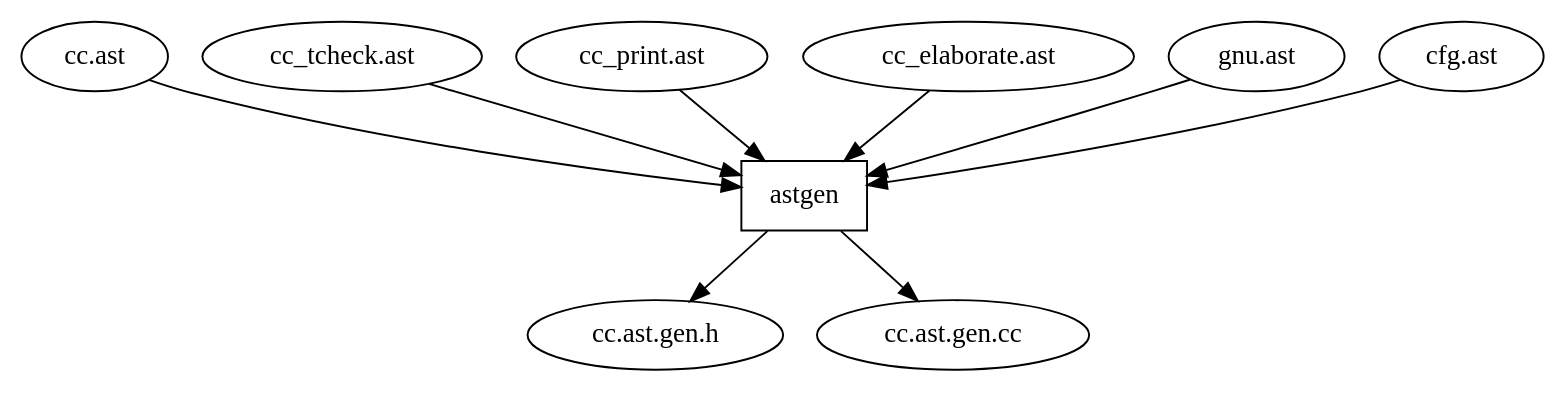
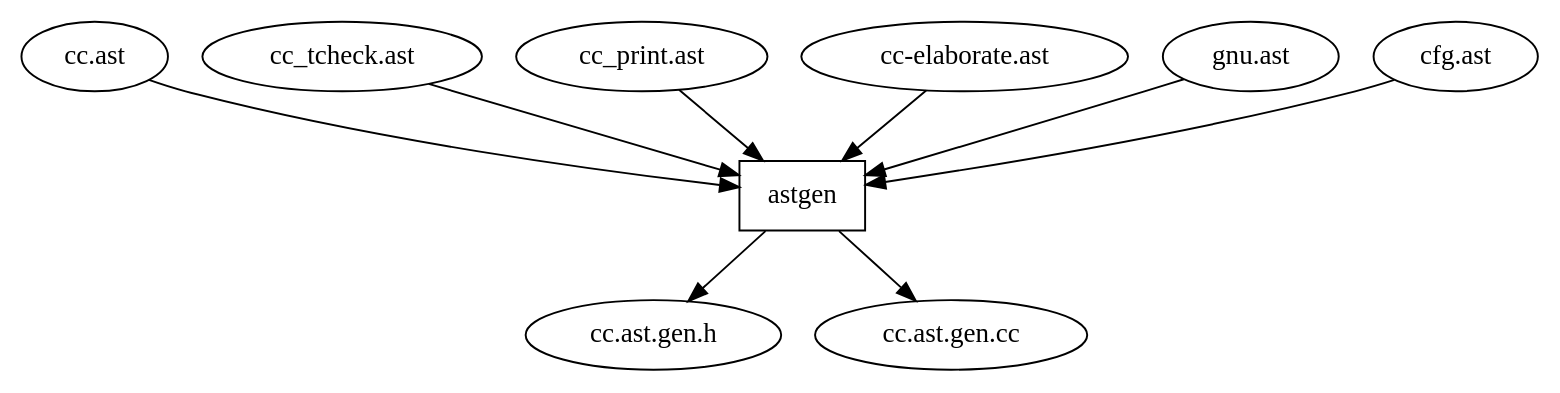
The diagram in doc/ast_build.dot (smcpeak/elsa), drawn with Graphviz before and after one commit. The commit also changed 12 other files, not shown here.

First line of the commit message:
Rename cc_elaborate.{h,cc,ast} to cc-elaborate.{h,cc,ast}.

```diff
--- a/doc/ast_build.dot
+++ b/doc/ast_build.dot
@@ -1,19 +1,19 @@
 // ast_build.dot
 // information flow for building the Elsa AST
 
 digraph "Elsa AST Build Process" {
 
   "cc.ast" -> "astgen";
   "cc_tcheck.ast" -> "astgen";
   "cc_print.ast" -> "astgen";
-  "cc_elaborate.ast" -> "astgen";
+  "cc-elaborate.ast" -> "astgen";
   "gnu.ast" -> "astgen";
   "cfg.ast" -> "astgen";
 
   "astgen" [
     shape = rectangle
   ];
 
   "astgen" -> "cc.ast.gen.h";
   "astgen" -> "cc.ast.gen.cc";
 }
```
